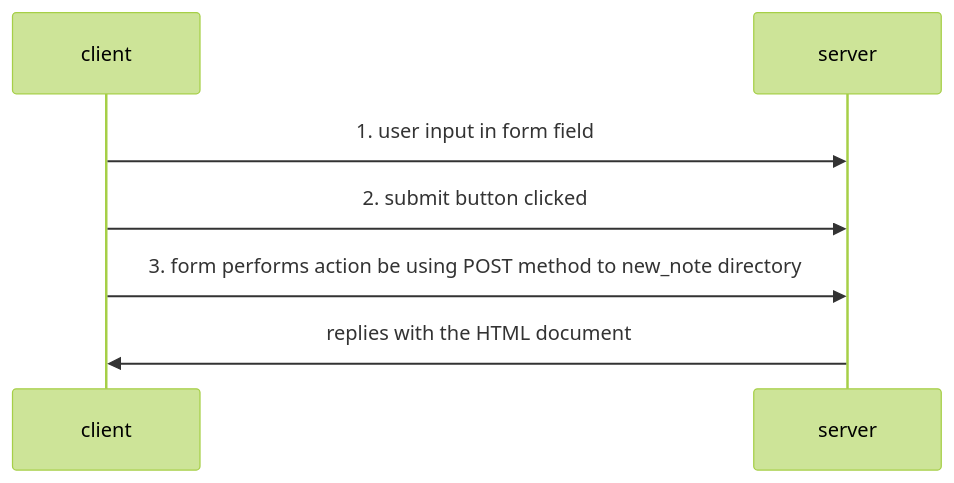
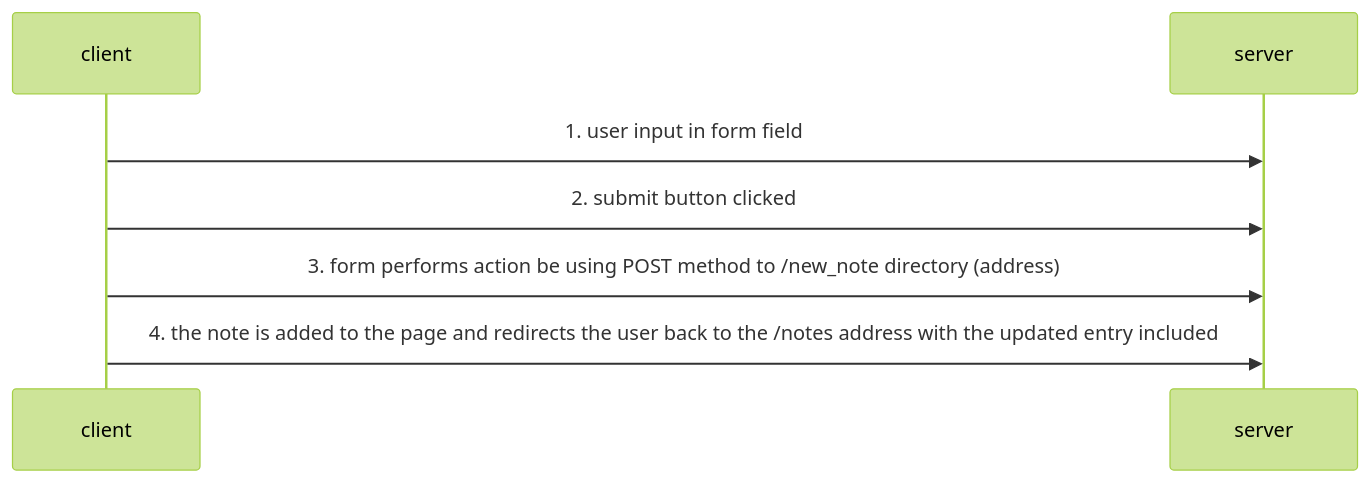
Before and after one commit to theDapperFoxtrot/fullstackopen-part0-exercises: the diagram in README.md, drawn with Mermaid (forest theme).

````diff
--- a/README.md
+++ b/README.md
@@ -8,9 +8,9 @@
 ```mermaid
 sequenceDiagram
     participant client
     participant server
     client->>server: 1. user input in form field 
     client->>server: 2. submit button clicked 
-    client->>server: 3. form performs action be using POST method to new_note directory
-    server->>client: replies with the HTML document
+    client->>server: 3. form performs action be using POST method to /new_note directory (address)
+    client->>server: 4. the note is added to the page and redirects the user back to the /notes address with the updated entry included
 ```
````
